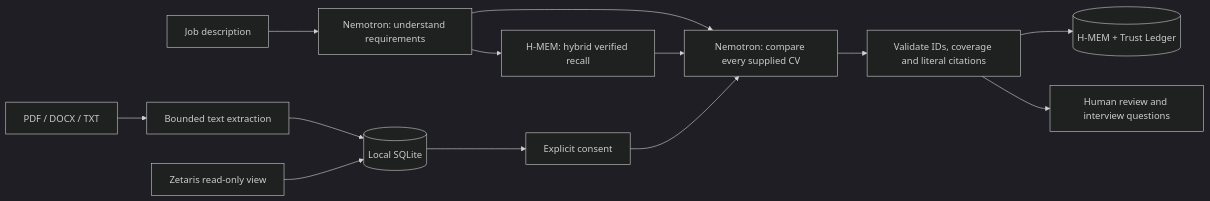
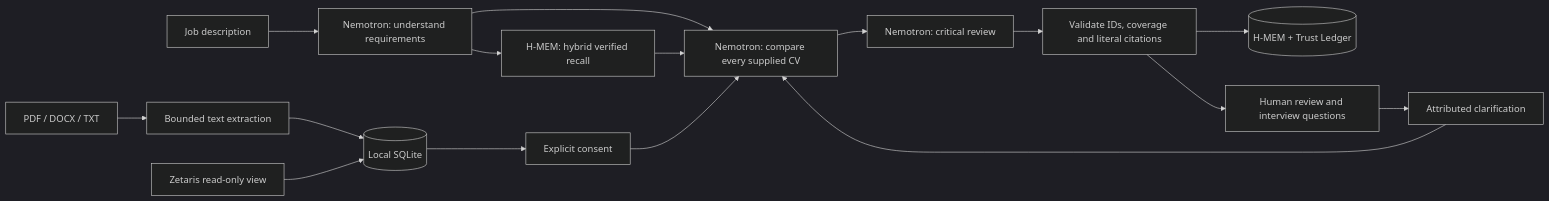
Before and after one commit to oveun-software/hackaton: the diagram in README.md, drawn with Mermaid (dark theme). The commit also changed other lines of this file and 70 other files, not shown here.

````diff
--- a/README.md
+++ b/README.md
@@ -102,15 +120,18 @@
 ```mermaid
 flowchart LR
   F[PDF / DOCX / TXT] --> E[Bounded text extraction]
   E --> D[(Local SQLite)]
   Z[Zetaris read-only view] --> D
   J[Job description] --> N[Nemotron: understand requirements]
   D --> C[Explicit consent]
   N --> A[Nemotron: compare every supplied CV]
   N --> M[H-MEM: hybrid verified recall]
   M --> A
   C --> A
-  A --> V[Validate IDs, coverage and literal citations]
+  A --> R[Nemotron: critical review]
+  R --> V[Validate IDs, coverage and literal citations]
   V --> L[(H-MEM + Trust Ledger)]
   V --> H[Human review and interview questions]
+  H --> Q[Attributed clarification]
+  Q --> A
 ```
````
